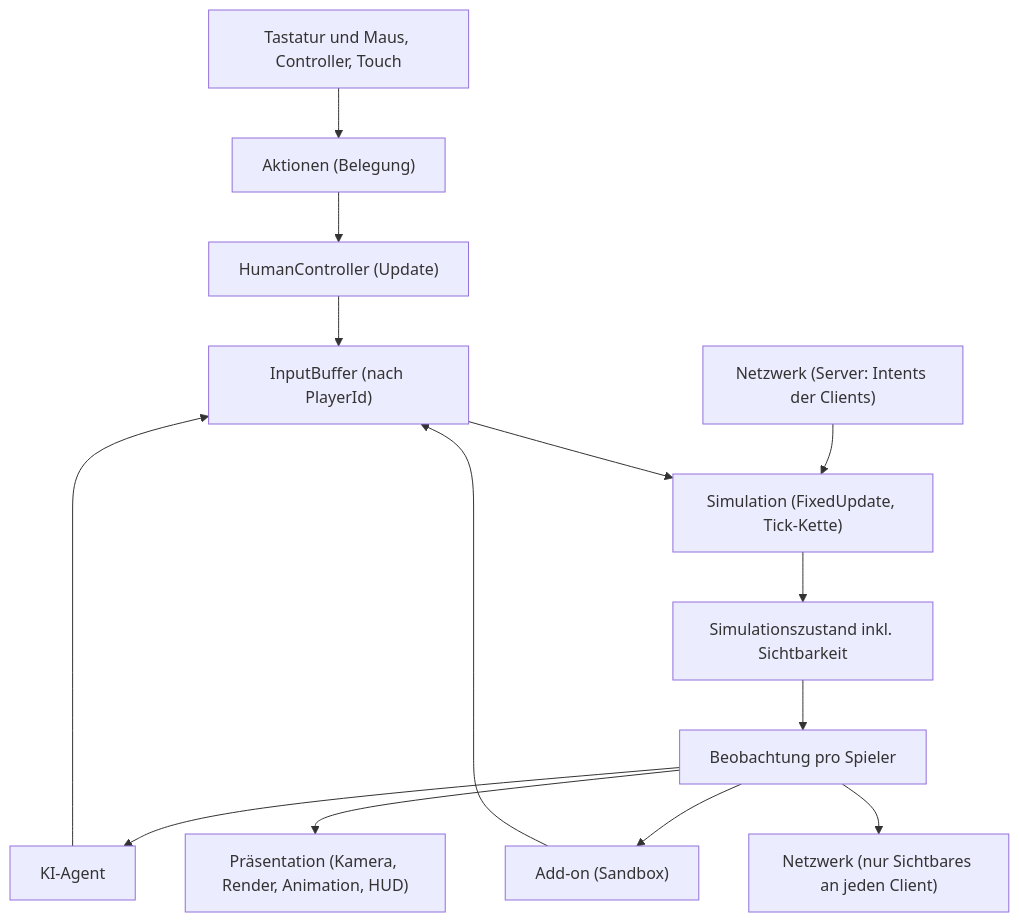
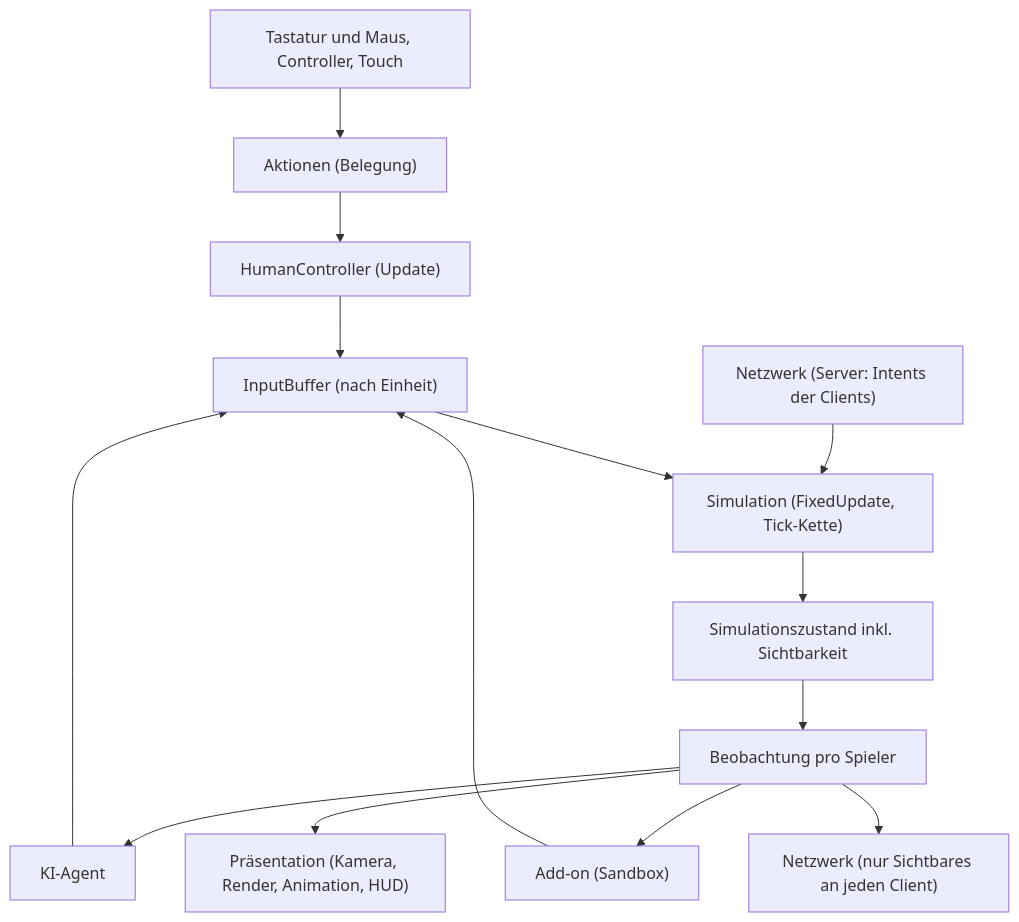
The diagram in docs/architecture/uebersicht.md (MagierSpieleSchmiede/mage-game), drawn with Mermaid before and after one commit. The commit also changed 15 other files, not shown here.

````diff
--- a/docs/architecture/uebersicht.md
+++ b/docs/architecture/uebersicht.md
@@ -8,16 +8,16 @@
 ```mermaid
 flowchart TD
   G["Tastatur und Maus, Controller, Touch"] --> A["Aktionen (Belegung)"]
   A --> HC["HumanController (Update)"]
-  HC --> BUF["InputBuffer (nach PlayerId)"]
+  HC --> BUF["InputBuffer (nach Einheit)"]
   KI["KI-Agent"] --> BUF
   AO["Add-on (Sandbox)"] --> BUF
   NET["Netzwerk (Server: Intents der Clients)"] --> S
   BUF --> S["Simulation (FixedUpdate, Tick-Kette)"]
   S --> Z["Simulationszustand inkl. Sichtbarkeit"]
   Z --> OBS["Beobachtung pro Spieler"]
   OBS --> P["Präsentation (Kamera, Render, Animation, HUD)"]
   OBS --> KI
   OBS --> AO
   OBS --> NETOUT["Netzwerk (nur Sichtbares an jeden Client)"]
 ```
````
